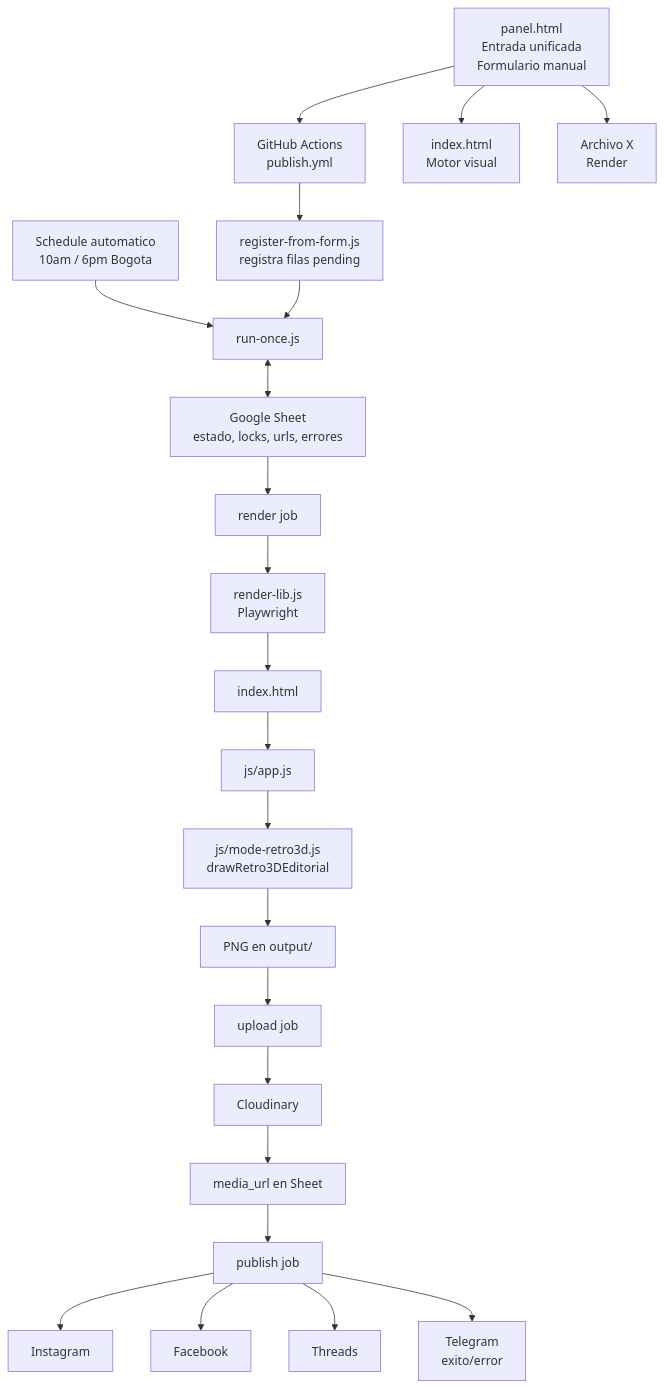
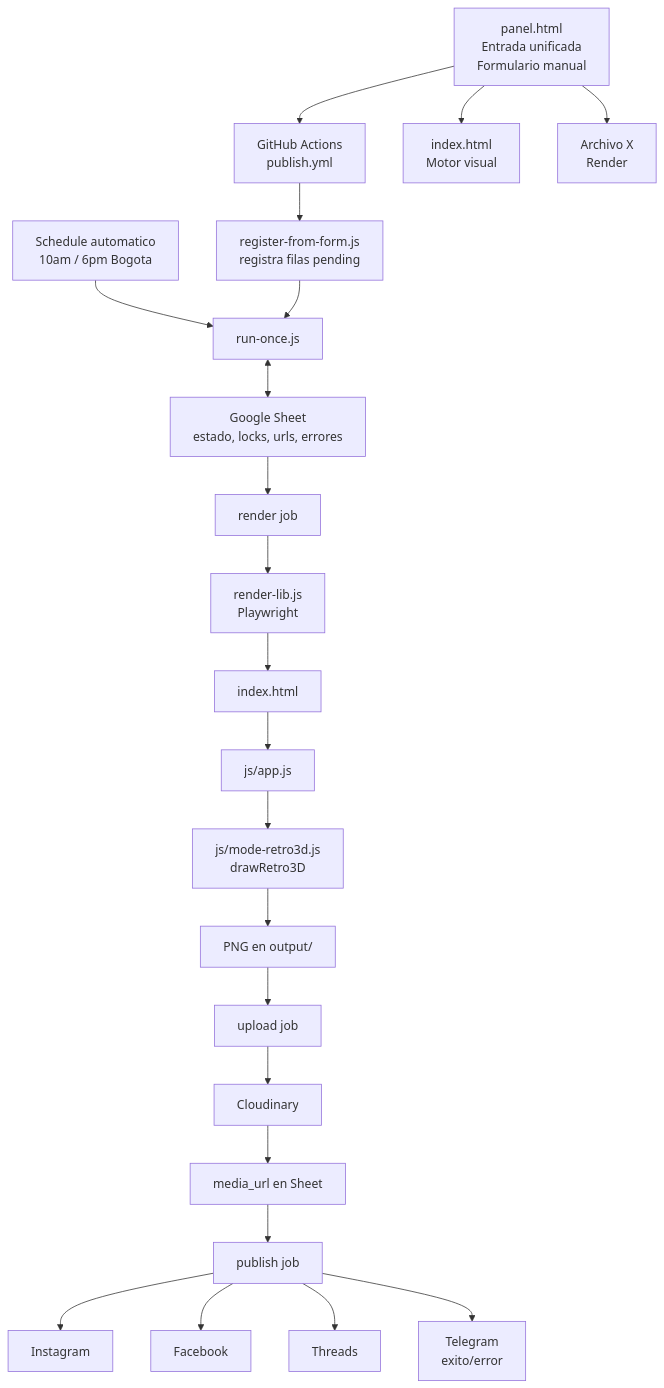
One commit to viktoriavikulya/frase-generator-v2 changed the first of 3 diagrams in docs/mapa-del-proyecto.md. Above: the diagram before and after it, drawn with Mermaid. The commit also changed other lines of this file and 4 other files, not shown here.

First line of the commit message:
Revert retro3d to font-fit layout, remove justify and editorial mode

````diff
--- a/docs/mapa-del-proyecto.md
+++ b/docs/mapa-del-proyecto.md
@@ -9,29 +9,29 @@
 ```mermaid
 flowchart TD
   Z[panel.html<br/>Entrada unificada<br/>Formulario manual] --> A[GitHub Actions<br/>publish.yml]
   Z --> Y[index.html<br/>Motor visual]
   Z --> X[Archivo X<br/>Render]
   A --> C[register-from-form.js<br/>registra filas pending]
 
   D[Schedule automatico<br/>10am / 6pm Bogota] --> E[run-once.js]
   C --> E
 
   E <--> F[Google Sheet<br/>estado, locks, urls, errores]
 
   F --> G[render job]
   G --> H[render-lib.js<br/>Playwright]
   H --> I[index.html]
   I --> J[js/app.js]
-  J --> K[js/mode-retro3d.js<br/>drawRetro3DEditorial]
+  J --> K[js/mode-retro3d.js<br/>drawRetro3D]
   K --> L[PNG en output/]
 
   L --> M[upload job]
   M --> N[Cloudinary]
   N --> O[media_url en Sheet]
 
   O --> P[publish job]
   P --> Q[Instagram]
   P --> R[Facebook]
   P --> S[Threads]
   P --> T[Telegram<br/>exito/error]
 ```
````
